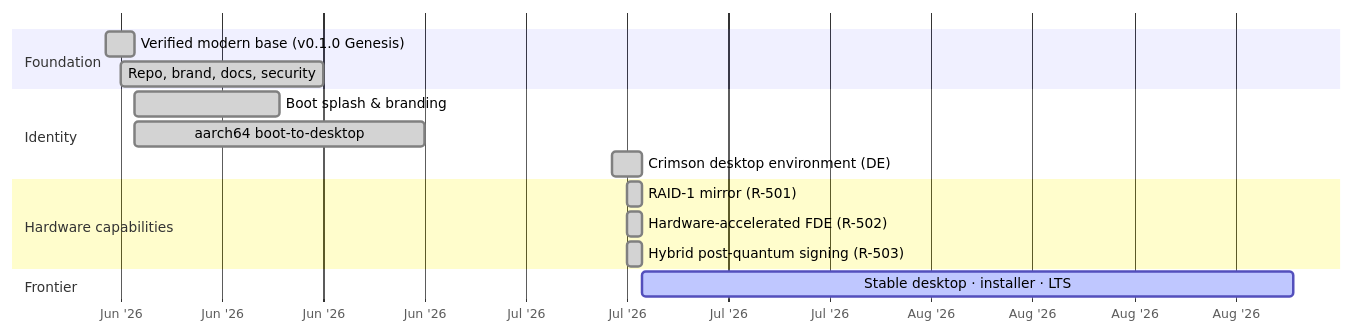
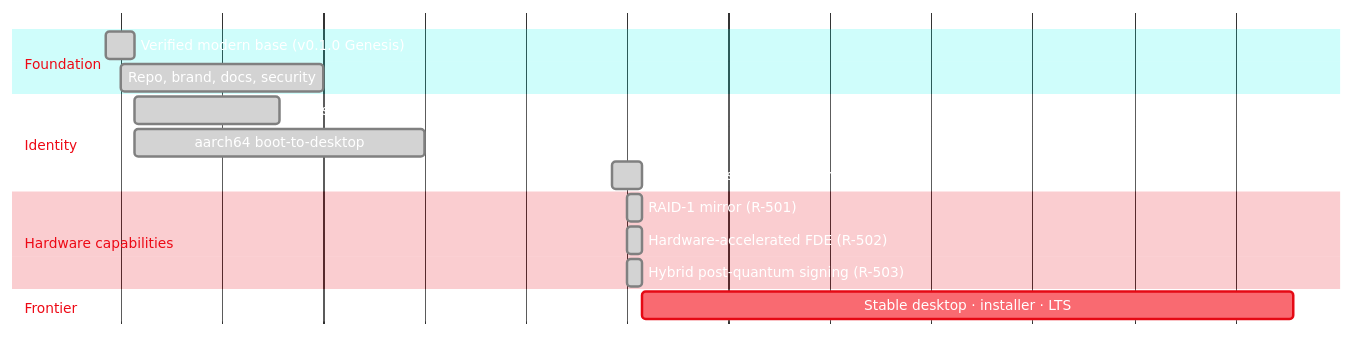
One commit to Gh0s777tt/E-OS changed the third of 3 diagrams in README.md. Above: the diagram before and after it, drawn with Mermaid. The commit also changed 1 other file, not shown here.

Commit message:
fix(readme): close the mermaid init directive on the roadmap Gantt (U-128)
The %%{init: ...}%% directive above the roadmap Gantt chart closed with }}%%
where it needed }}}%% — four { against three }, so the JSON never terminated.
The crimson theming silently did not apply to that one chart (older mermaid
versions error on the directive outright), on the project's front page.

Pre-existing; not introduced by U-126/U-127. Found while brace-balancing every
mermaid directive during the U-127 review.

Verified: a script counting { vs } in every %%{init line across README.md,
docs/architecture.md and ROADMAP.md now reports balanced (3/3) for all six
directives; the other five were already correct and are untouched.

````diff
--- a/README.md
+++ b/README.md
@@ -252,19 +252,19 @@
 ```mermaid
-%%{init: {'theme':'base','themeVariables':{'primaryColor':'#E50914','primaryTextColor':'#fff','primaryBorderColor':'#E50914','lineColor':'#E50914','fontFamily':'Fira Code'},'gantt':{'barHeight':22}}%%
+%%{init: {'theme':'base','themeVariables':{'primaryColor':'#E50914','primaryTextColor':'#fff','primaryBorderColor':'#E50914','lineColor':'#E50914','fontFamily':'Fira Code'},'gantt':{'barHeight':22}}}%%
 gantt
     dateFormat  YYYY-MM-DD
     axisFormat  %b '%y
     section Foundation
     Verified modern base (v0.1.0 Genesis) :done, m1, 2026-06-06, 2d
     Repo, brand, docs, security           :done, m2, 2026-06-07, 14d
     section Identity
     Boot splash & branding                :done, m3, 2026-06-08, 10d
     aarch64 boot-to-desktop               :done, m4, 2026-06-08, 20d
     Crimson desktop environment (DE)      :done, m5, 2026-07-11, 2d
     section Hardware capabilities
     RAID-1 mirror (R-501)                 :done, m6, 2026-07-12, 1d
     Hardware-accelerated FDE (R-502)      :done, m7, 2026-07-12, 1d
     Hybrid post-quantum signing (R-503)   :done, m8, 2026-07-12, 1d
     section Frontier
     Stable desktop · installer · LTS      :active, m9, 2026-07-13, 45d
 ```
````
